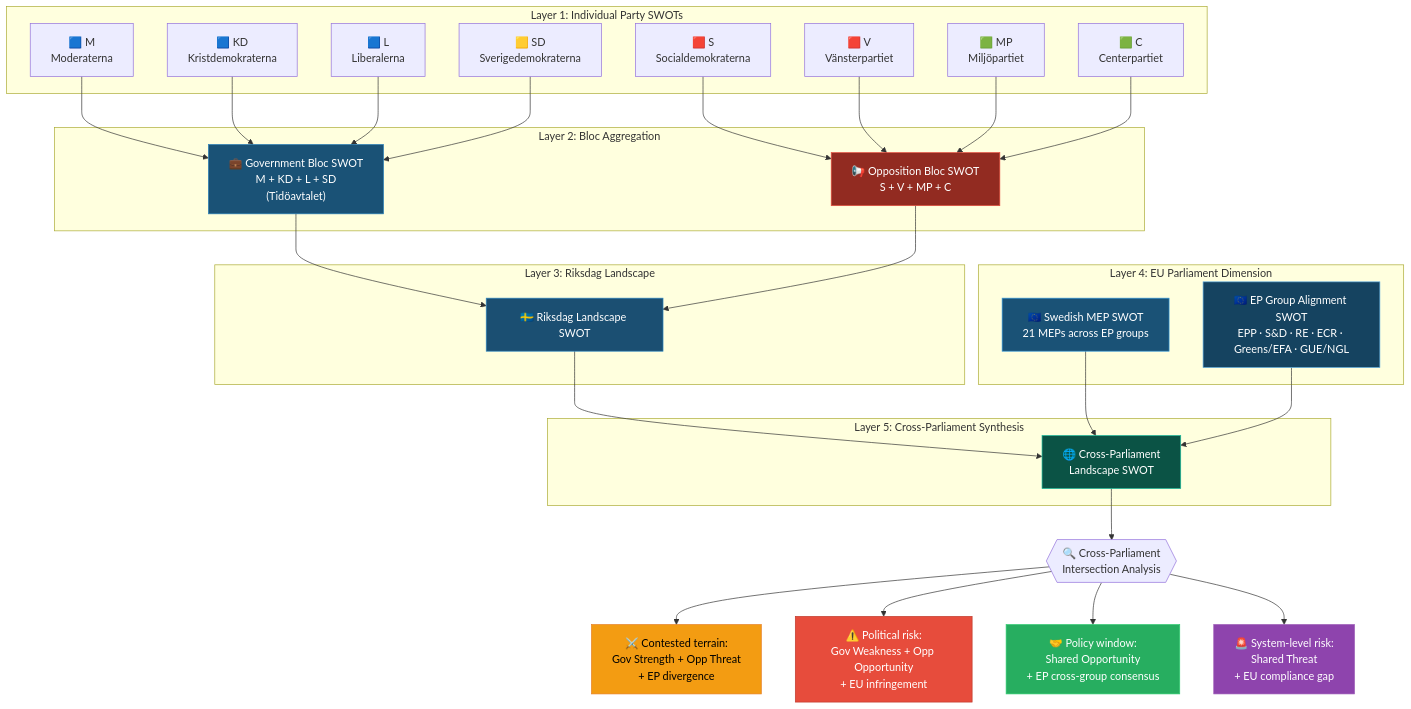
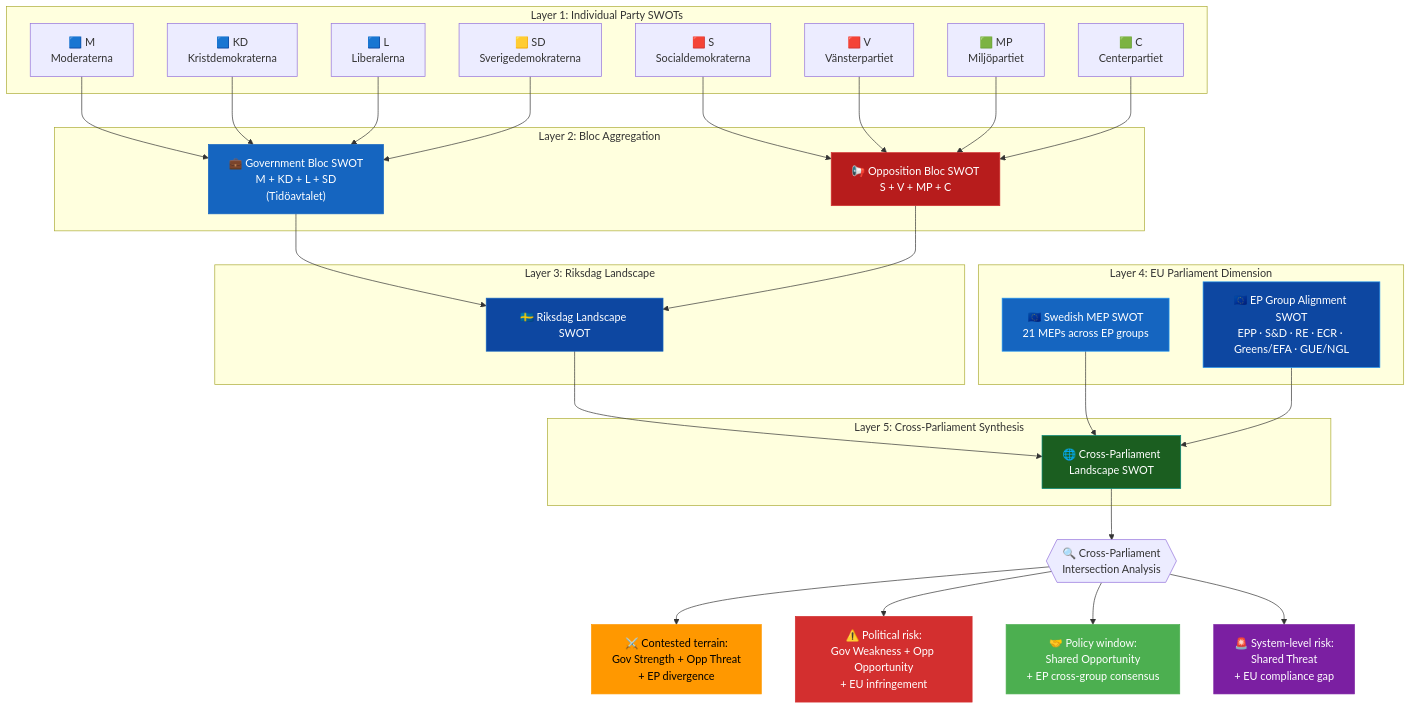
Before and after one commit to Hack23/riksdagsmonitor: the seventh of 9 diagrams in analysis/methodologies/political-swot-framework.md, drawn with Mermaid. The commit also changed other lines of this file and 14 other files, not shown here.

First line of the commit message:
Align analysis/ mermaid diagrams with ISMS Style Guide palette and convert SWOT to quadrantChart

````diff
--- a/analysis/methodologies/political-swot-framework.md
+++ b/analysis/methodologies/political-swot-framework.md
@@ -509,64 +555,64 @@
 ```mermaid
 flowchart TD
     subgraph "Layer 1: Individual Party SWOTs"
         M["🟦 M<br/>Moderaterna"]
         KD["🟦 KD<br/>Kristdemokraterna"]
         L["🟦 L<br/>Liberalerna"]
         SD["🟨 SD<br/>Sverigedemokraterna"]
         S["🟥 S<br/>Socialdemokraterna"]
         V["🟥 V<br/>Vänsterpartiet"]
         MP["🟩 MP<br/>Miljöpartiet"]
         C["🟩 C<br/>Centerpartiet"]
     end
 
     subgraph "Layer 2: Bloc Aggregation"
         GOV["💼 Government Bloc SWOT<br/>M + KD + L + SD<br/>(Tidöavtalet)"]
         OPP["📢 Opposition Bloc SWOT<br/>S + V + MP + C"]
     end
 
     subgraph "Layer 3: Riksdag Landscape"
         RIK["🇸🇪 Riksdag Landscape SWOT"]
     end
 
     subgraph "Layer 4: EU Parliament Dimension"
         EPMEP["🇪🇺 Swedish MEP SWOT<br/>21 MEPs across EP groups"]
         EPGRP["🇪🇺 EP Group Alignment SWOT<br/>EPP · S&D · RE · ECR · Greens/EFA · GUE/NGL"]
     end
 
     subgraph "Layer 5: Cross-Parliament Synthesis"
         XSWOT["🌐 Cross-Parliament<br/>Landscape SWOT"]
     end
 
     M --> GOV
     KD --> GOV
     L --> GOV
     SD --> GOV
     S --> OPP
     V --> OPP
     MP --> OPP
     C --> OPP
 
     GOV --> RIK
     OPP --> RIK
 
     RIK --> XSWOT
     EPMEP --> XSWOT
     EPGRP --> XSWOT
 
     XSWOT --> INT{{"🔍 Cross-Parliament<br/>Intersection Analysis"}}
     INT --> CT["⚔️ Contested terrain:<br/>Gov Strength + Opp Threat<br/>+ EP divergence"]
     INT --> PR["⚠️ Political risk:<br/>Gov Weakness + Opp Opportunity<br/>+ EU infringement"]
     INT --> PW["🤝 Policy window:<br/>Shared Opportunity<br/>+ EP cross-group consensus"]
     INT --> SR["🚨 System-level risk:<br/>Shared Threat<br/>+ EU compliance gap"]
 
-    style GOV fill:#1a5276,color:#fff,stroke:#2980b9
-    style OPP fill:#922b21,color:#fff,stroke:#e74c3c
-    style RIK fill:#1b4f72,color:#fff,stroke:#2e86c1
-    style EPMEP fill:#1a5276,color:#fff,stroke:#3498db
-    style EPGRP fill:#154360,color:#fff,stroke:#5dade2
-    style XSWOT fill:#0b5345,color:#fff,stroke:#1abc9c
-    style CT fill:#f39c12,color:#000,stroke:#e67e22
-    style PR fill:#e74c3c,color:#fff,stroke:#c0392b
-    style PW fill:#27ae60,color:#fff,stroke:#2ecc71
-    style SR fill:#8e44ad,color:#fff,stroke:#9b59b6
+    style GOV fill:#1565C0,color:#FFFFFF,stroke:#1565C0
+    style OPP fill:#B71C1C,color:#FFFFFF,stroke:#D32F2F
+    style RIK fill:#0D47A1,color:#FFFFFF,stroke:#1565C0
+    style EPMEP fill:#1565C0,color:#FFFFFF,stroke:#2196F3
+    style EPGRP fill:#0D47A1,color:#FFFFFF,stroke:#2196F3
+    style XSWOT fill:#1B5E20,color:#FFFFFF,stroke:#00897B
+    style CT fill:#FF9800,color:#000000,stroke:#FF9800
+    style PR fill:#D32F2F,color:#FFFFFF,stroke:#D32F2F
+    style PW fill:#4CAF50,color:#FFFFFF,stroke:#4CAF50
+    style SR fill:#7B1FA2,color:#FFFFFF,stroke:#7B1FA2
 ```
````
